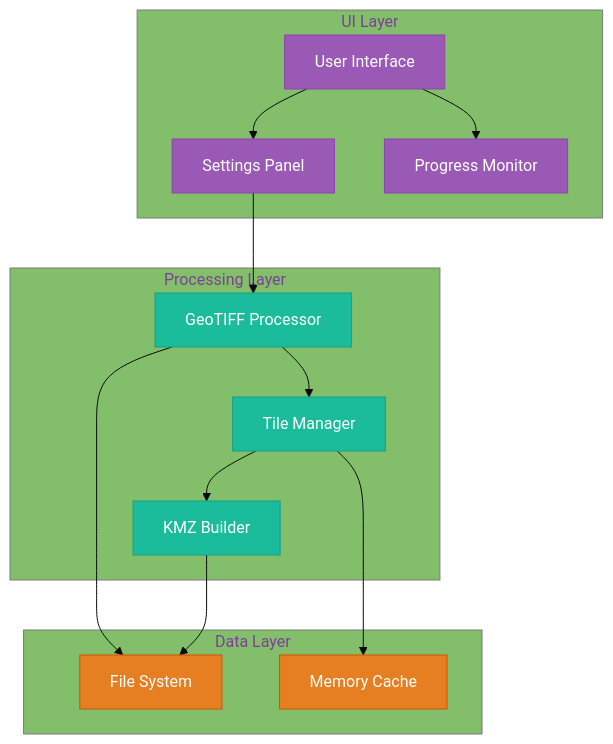
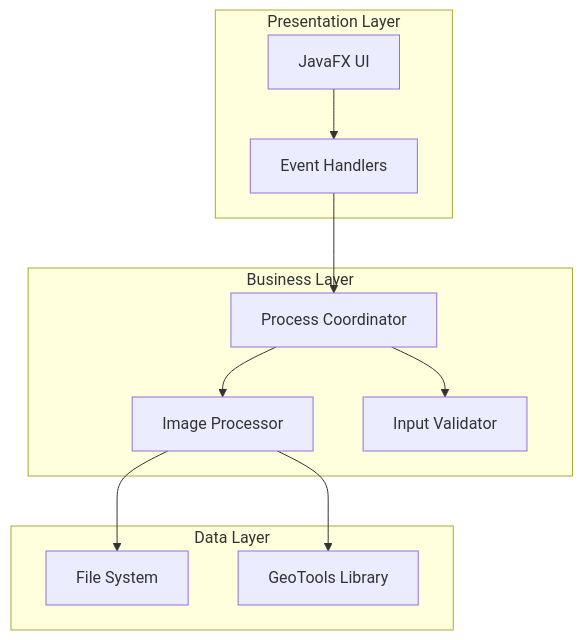
The first of 8 diagrams in Documentation.md (angel7544/geoTiff_Ref_2_KMZ_overlay), drawn with Mermaid before and after one commit. The commit also changed other lines of this file and 3 other files, not shown here.

````diff
--- a/Documentation.md
+++ b/Documentation.md
@@ -295,37 +11,25 @@
 ```mermaid
-%%{init: {'theme': 'base', 'themeVariables': { 'primaryColor': '#9b59b6', 'secondaryColor': '#1abc9c'}}}%%
 graph TB
-    subgraph UI Layer
-        UI[User Interface]
-        Settings[Settings Panel]
-        Progress[Progress Monitor]
+    subgraph "Presentation Layer"
+        UI[JavaFX UI]
+        Events[Event Handlers]
     end
-
-    subgraph Processing Layer
-        Processor[GeoTIFF Processor]
-        TileManager[Tile Manager]
-        KMZBuilder[KMZ Builder]
+    
+    subgraph "Business Layer"
+        Processor[Image Processor]
+        Coordinator[Process Coordinator]
+        Validator[Input Validator]
     end
-
-    subgraph Data Layer
+    
+    subgraph "Data Layer"
         FileSystem[File System]
-        Cache[Memory Cache]
+        GeoTools[GeoTools Library]
     end
-
-    UI --> Settings
-    UI --> Progress
-    Settings --> Processor
-    Processor --> TileManager
-    TileManager --> KMZBuilder
+    
+    UI --> Events
+    Events --> Coordinator
+    Coordinator --> Processor
+    Coordinator --> Validator
     Processor --> FileSystem
-    TileManager --> Cache
-    KMZBuilder --> FileSystem
-
-    classDef uiLayer fill:#9b59b6,stroke:#8e44ad,color:white;
-    classDef processLayer fill:#1abc9c,stroke:#16a085,color:white;
-    classDef dataLayer fill:#e67e22,stroke:#d35400,color:white;
-
-    class UI,Settings,Progress uiLayer;
-    class Processor,TileManager,KMZBuilder processLayer;
-    class FileSystem,Cache dataLayer;
+    Processor --> GeoTools
 ```
````
